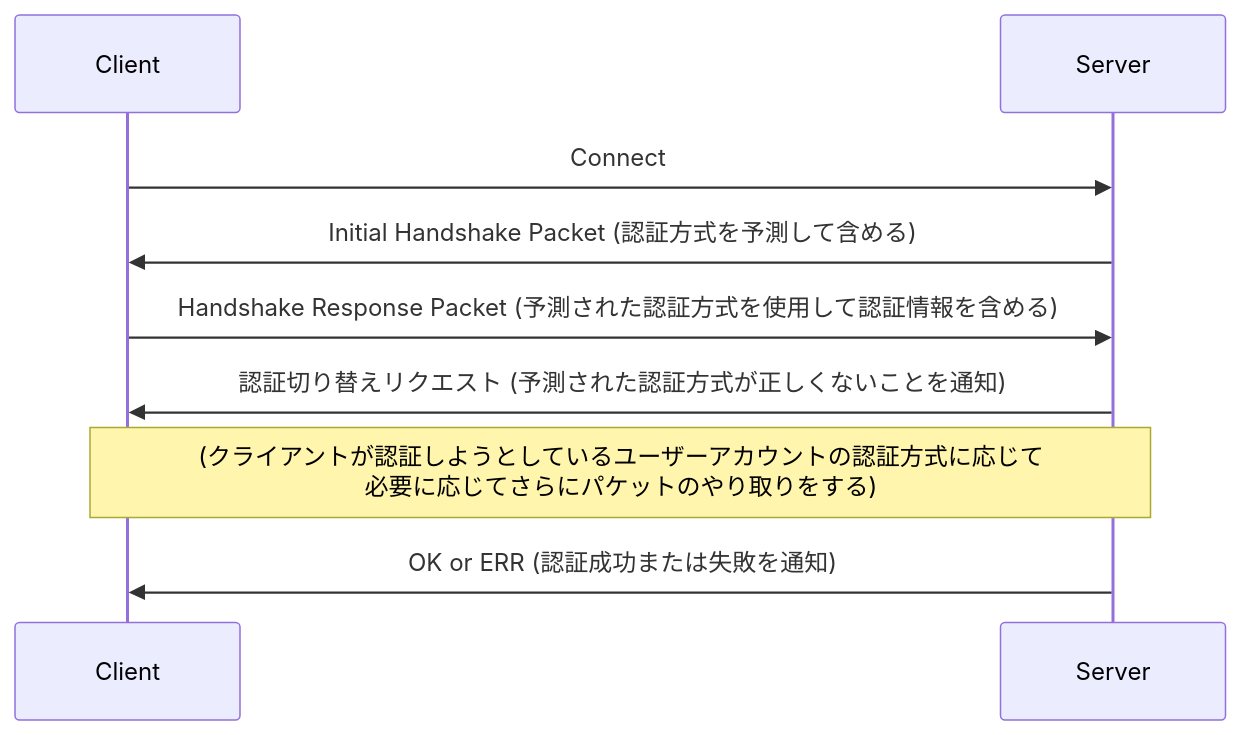
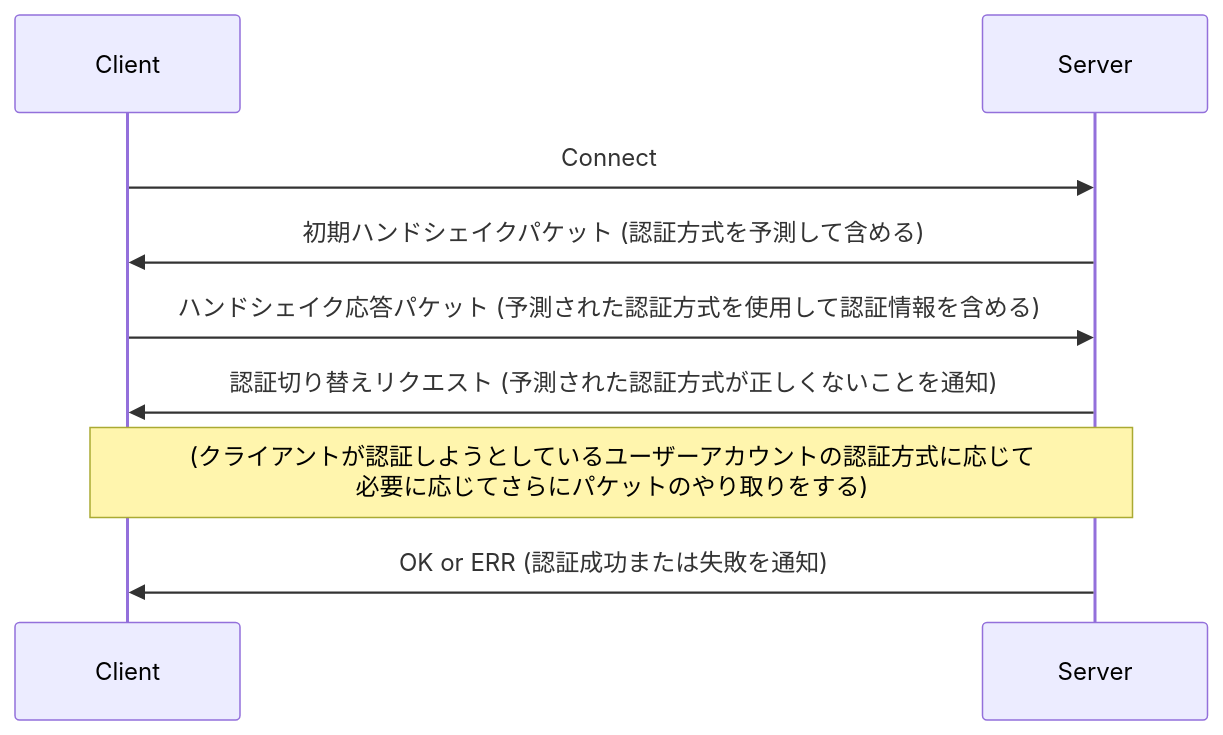
The sixth of 6 diagrams in docs/architecture/server/protocol/life-cycle.md (ren-yamanashi/minesql), drawn with Mermaid before and after one commit. The commit also changed other lines of this file and 1 other file, not shown here.

````diff
--- a/docs/architecture/server/protocol/life-cycle.md
+++ b/docs/architecture/server/protocol/life-cycle.md
@@ -135,9 +134,9 @@
 ```mermaid
 sequenceDiagram
 Client->>Server: Connect
-Server->>Client: Initial Handshake Packet (認証方式を予測して含める)
-Client->>Server: Handshake Response Packet (予測された認証方式を使用して認証情報を含める)
+Server->>Client: 初期ハンドシェイクパケット (認証方式を予測して含める)
+Client->>Server: ハンドシェイク応答パケット (予測された認証方式を使用して認証情報を含める)
 Server->>Client: 認証切り替えリクエスト (予測された認証方式が正しくないことを通知)
 Note over Client,Server: (クライアントが認証しようとしているユーザーアカウントの認証方式に応じて <br/> 必要に応じてさらにパケットのやり取りをする)
 Server->>Client: OK or ERR (認証成功または失敗を通知)
 ```
````
